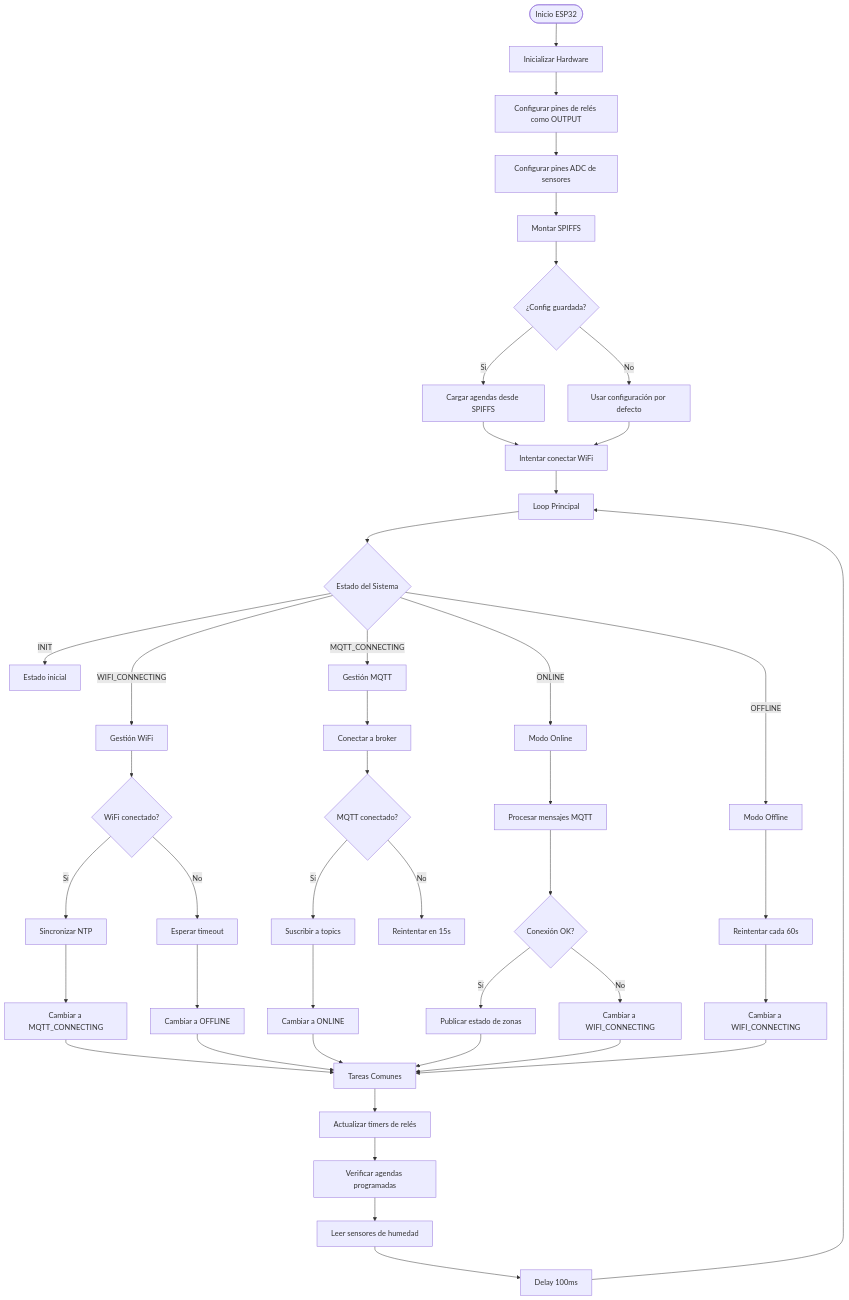
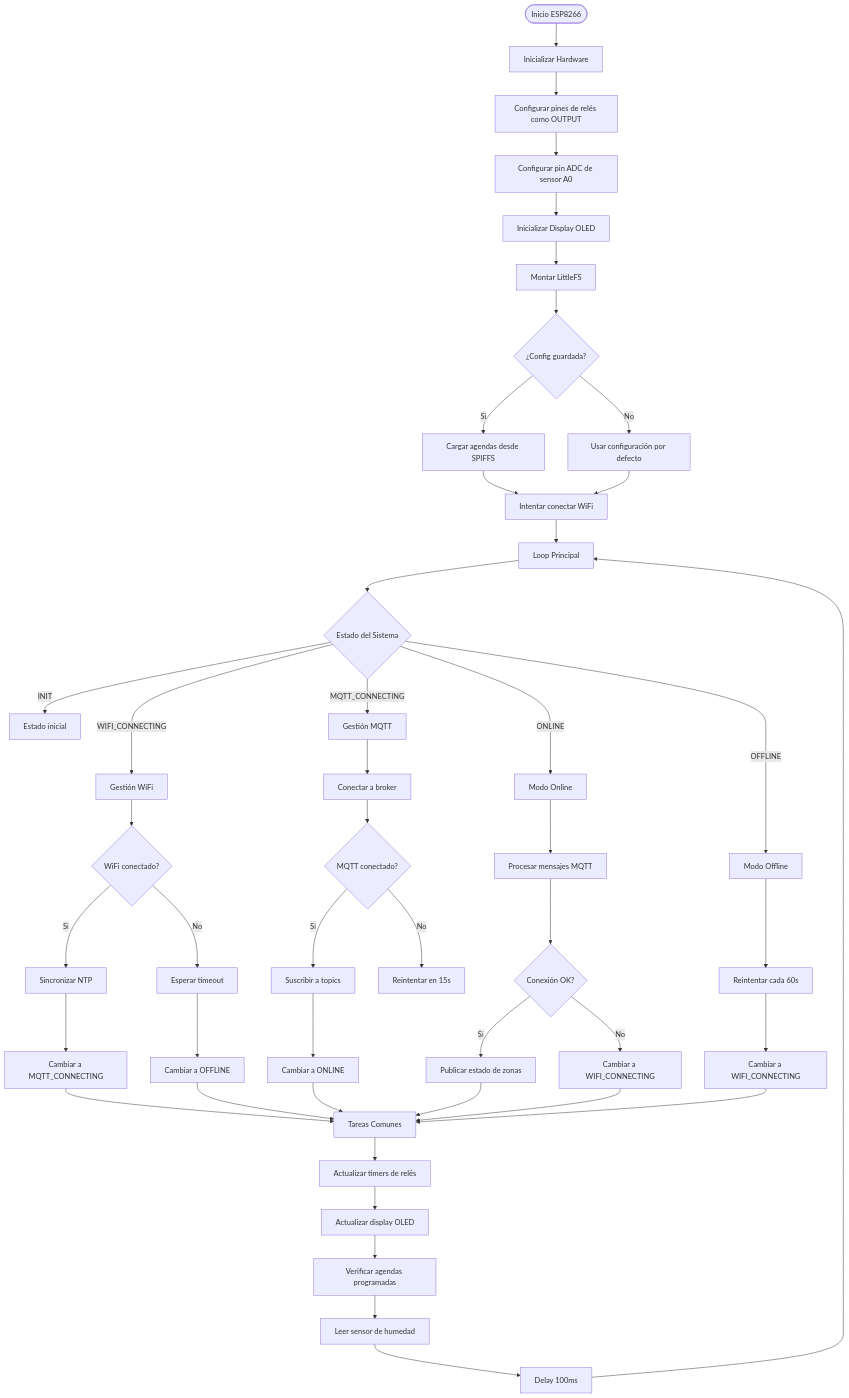
Before and after one commit to danielcalvindeveloper/irrigacion-mqtt: the first of 11 diagrams in docs/implementacion/esp32-diagramas-flujo.md, drawn with Mermaid. The commit also changed other lines of this file and 29 other files, not shown here.

````diff
--- a/docs/implementacion/esp32-diagramas-flujo.md
+++ b/docs/implementacion/esp32-diagramas-flujo.md
@@ -23,58 +23,60 @@
 ```mermaid
 flowchart TD
-    Start([Inicio ESP32]) --> Init[Inicializar Hardware]
+    Start([Inicio ESP8266]) --> Init[Inicializar Hardware]
     Init --> InitRelays[Configurar pines de relés como OUTPUT]
-    InitRelays --> InitSensors[Configurar pines ADC de sensores]
-    InitSensors --> InitSPIFFS[Montar SPIFFS]
-    InitSPIFFS --> LoadConfig{¿Config guardada?}
+    InitRelays --> InitSensor[Configurar pin ADC de sensor A0]
+    InitSensor --> InitDisplay[Inicializar Display OLED]
+    InitDisplay --> InitLittleFS[Montar LittleFS]
+    InitLittleFS --> LoadConfig{¿Config guardada?}
     
     LoadConfig -->|Sí| LoadAgendas[Cargar agendas desde SPIFFS]
     LoadConfig -->|No| DefaultConfig[Usar configuración por defecto]
     
     LoadAgendas --> ConnectWiFi[Intentar conectar WiFi]
     DefaultConfig --> ConnectWiFi
     
     ConnectWiFi --> Loop[Loop Principal]
     
     Loop --> CheckState{Estado del Sistema}
     
     CheckState -->|INIT| InitState[Estado inicial]
     CheckState -->|WIFI_CONNECTING| WiFiState[Gestión WiFi]
     CheckState -->|MQTT_CONNECTING| MQTTState[Gestión MQTT]
     CheckState -->|ONLINE| OnlineState[Modo Online]
     CheckState -->|OFFLINE| OfflineState[Modo Offline]
     
     WiFiState --> CheckWiFi{WiFi conectado?}
     CheckWiFi -->|Sí| SyncTime[Sincronizar NTP]
     CheckWiFi -->|No| WaitWiFi[Esperar timeout]
     SyncTime --> StateChange1[Cambiar a MQTT_CONNECTING]
     WaitWiFi --> StateChange2[Cambiar a OFFLINE]
     
     MQTTState --> ConnectMQTT[Conectar a broker]
     ConnectMQTT --> CheckMQTT{MQTT conectado?}
     CheckMQTT -->|Sí| Subscribe[Suscribir a topics]
     CheckMQTT -->|No| RetryMQTT[Reintentar en 15s]
     Subscribe --> StateChange3[Cambiar a ONLINE]
     
     OnlineState --> ProcessMQTT[Procesar mensajes MQTT]
     ProcessMQTT --> CheckConnection{Conexión OK?}
     CheckConnection -->|Sí| PublishStatus[Publicar estado de zonas]
     CheckConnection -->|No| StateChange4[Cambiar a WIFI_CONNECTING]
     
     OfflineState --> RetryConnect[Reintentar cada 60s]
     RetryConnect --> StateChange5[Cambiar a WIFI_CONNECTING]
     
     StateChange1 --> CommonTasks
     StateChange2 --> CommonTasks
     StateChange3 --> CommonTasks
     StateChange4 --> CommonTasks
     StateChange5 --> CommonTasks
     PublishStatus --> CommonTasks
     
     CommonTasks[Tareas Comunes]
     CommonTasks --> UpdateRelays[Actualizar timers de relés]
-    UpdateRelays --> CheckAgendas[Verificar agendas programadas]
-    CheckAgendas --> ReadSensors[Leer sensores de humedad]
-    ReadSensors --> Delay[Delay 100ms]
+    UpdateRelays --> UpdateDisplay[Actualizar display OLED]
+    UpdateDisplay --> CheckAgendas[Verificar agendas programadas]
+    CheckAgendas --> ReadSensor[Leer sensor de humedad]
+    ReadSensor --> Delay[Delay 100ms]
     Delay --> Loop
 ```
````
